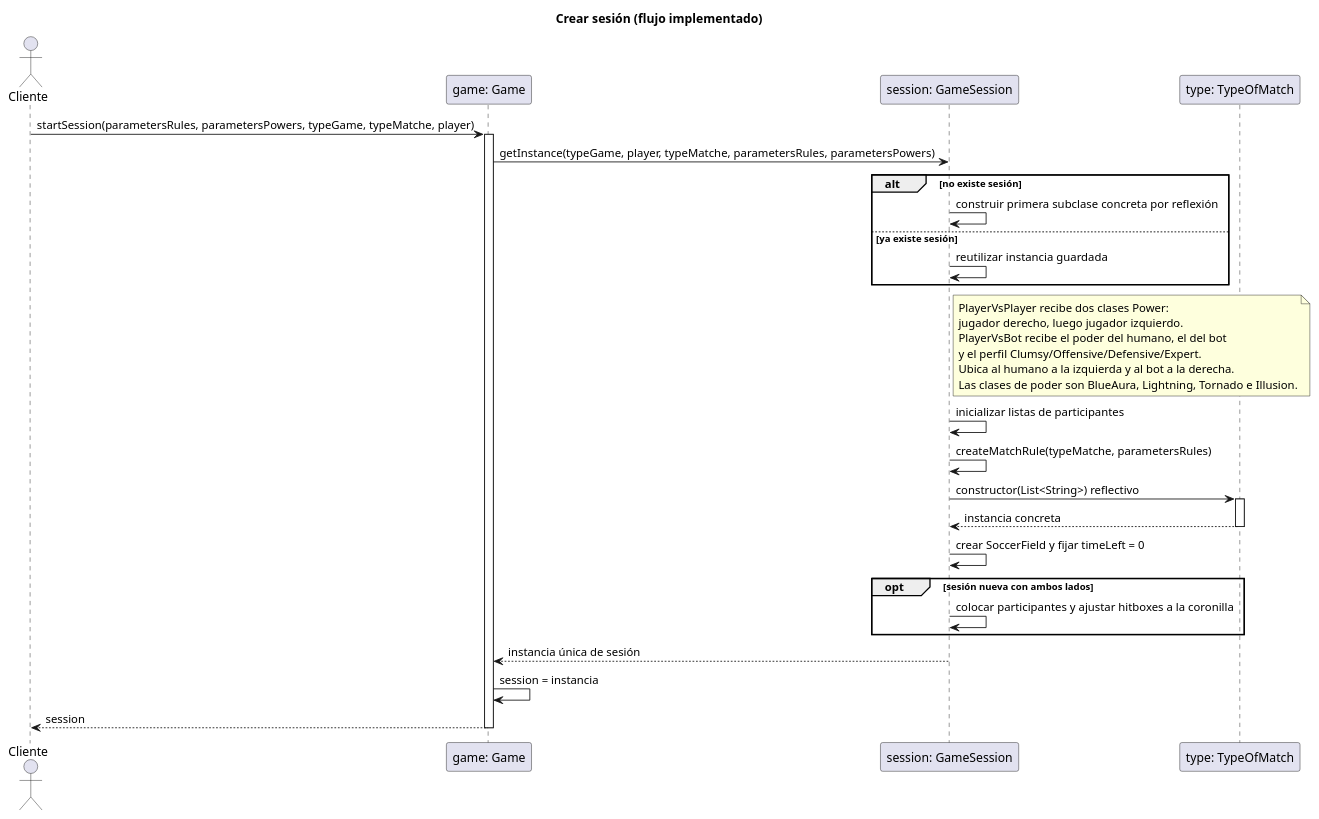
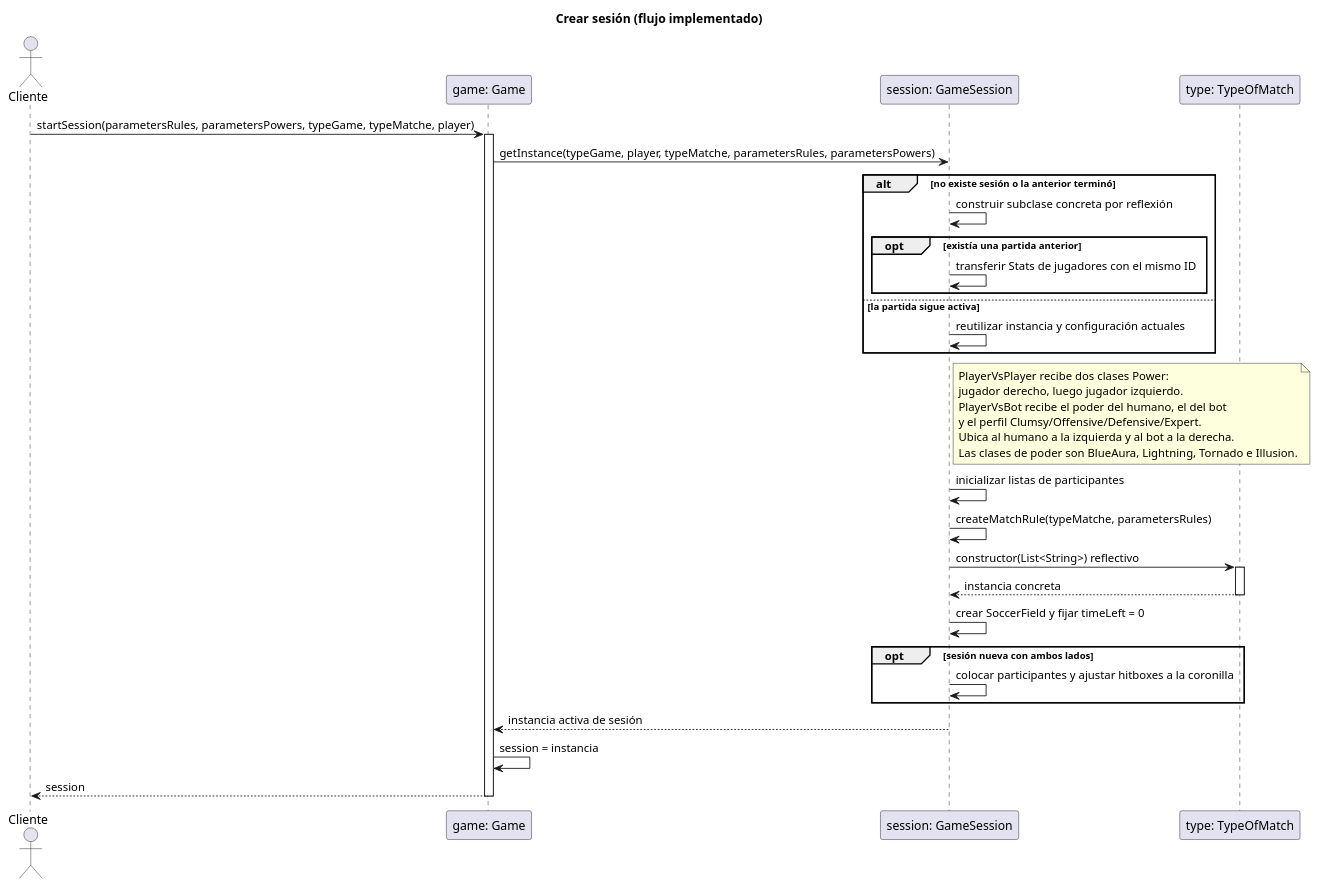
The diagram in docs/uml/start-session-sequence.puml (PaglkG/ProyectoFinal-Dopo), drawn with PlantUML before and after one commit. The commit also changed 22 other files, not shown here.

```diff
--- a/docs/uml/start-session-sequence.puml
+++ b/docs/uml/start-session-sequence.puml
@@ -1,36 +1,39 @@
 @startuml
 title Crear sesión (flujo implementado)
 actor Cliente
 participant "game: Game" as G
 participant "session: GameSession" as S
 participant "type: TypeOfMatch" as T
 
 Cliente -> G: startSession(parametersRules, parametersPowers, typeGame, typeMatche, player)
 activate G
 G -> S: getInstance(typeGame, player, typeMatche, parametersRules, parametersPowers)
-alt no existe sesión
-  S -> S: construir primera subclase concreta por reflexión
-else ya existe sesión
-  S -> S: reutilizar instancia guardada
+alt no existe sesión o la anterior terminó
+  S -> S: construir subclase concreta por reflexión
+  opt existía una partida anterior
+    S -> S: transferir Stats de jugadores con el mismo ID
+  end
+else la partida sigue activa
+  S -> S: reutilizar instancia y configuración actuales
 end
 note right of S
   PlayerVsPlayer recibe dos clases Power:
   jugador derecho, luego jugador izquierdo.
   PlayerVsBot recibe el poder del humano, el del bot
   y el perfil Clumsy/Offensive/Defensive/Expert.
   Ubica al humano a la izquierda y al bot a la derecha.
   Las clases de poder son BlueAura, Lightning, Tornado e Illusion.
 end note
 S -> S: inicializar listas de participantes
 S -> S: createMatchRule(typeMatche, parametersRules)
 S -> T ++: constructor(List<String>) reflectivo
 T --> S --: instancia concreta
 S -> S: crear SoccerField y fijar timeLeft = 0
 opt sesión nueva con ambos lados
   S -> S: colocar participantes y ajustar hitboxes a la coronilla
 end
-S --> G: instancia única de sesión
+S --> G: instancia activa de sesión
 G -> G: session = instancia
 G --> Cliente: session
 deactivate G
 @enduml
```
